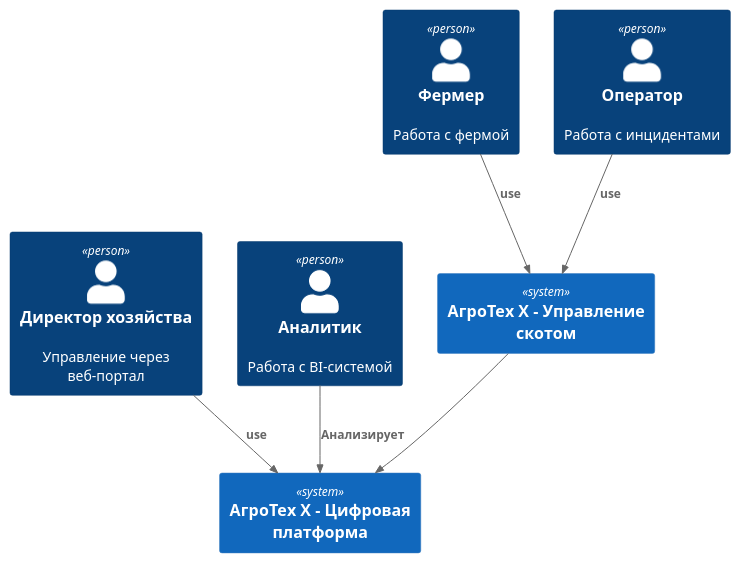
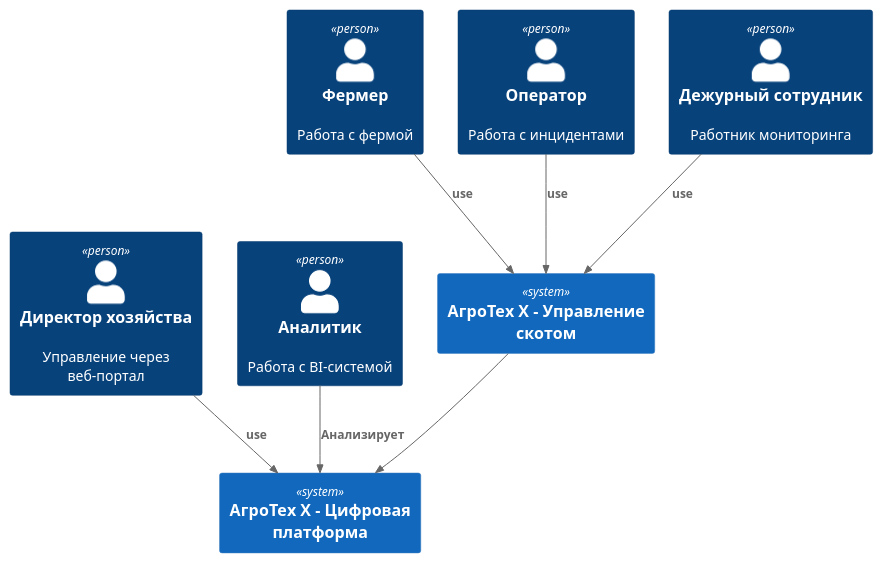
Before and after one commit to rof1ll/MSA-AgroTech: the diagram in Task1/task1.puml, drawn with PlantUML. The commit also changed 1 other file, not shown here.

```diff
--- a/Task1/task1.puml
+++ b/Task1/task1.puml
@@ -1,32 +1,27 @@
 @startuml Архитектура_АгроТех_Системы_v4
 
 !include https://raw.githubusercontent.com/plantuml-stdlib/C4-PlantUML/master/C4_Container.puml
 
 ' === Участники ===
 Person(директор, "Директор хозяйства", "Управление через веб-портал")
 Person(фермер, "Фермер", "Работа с фермой")
 Person(аналитик, "Аналитик", "Работа с BI-системой")
 Person(оператор, "Оператор", "Работа с инцидентами")
+Person(дежурный, "Дежурный сотрудник", "Работник мониторинга")
 
 System(агро, "АгроТех Х - Управление скотом")
 System(цифр, "АгроТех Х - Цифровая платформа")
-
-
-
-
-
-
-
 
 
 ' === Взаимосвязи ===
 
 Rel(директор, цифр, "use")
 Rel(аналитик, цифр, "Анализирует")
 
 Rel(фермер, агро, "use")
 Rel(оператор, агро, "use")
+Rel(дежурный, агро, "use")
 
 Rel(агро, цифр, "")
 
 @enduml
```
